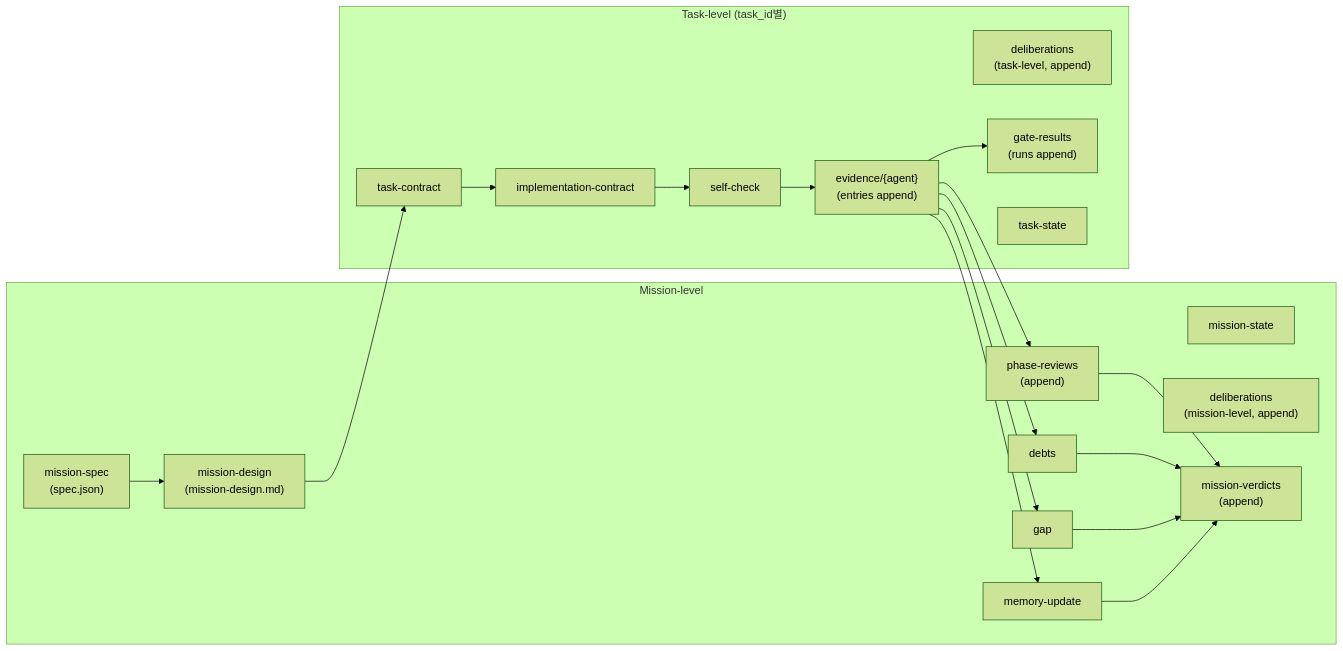
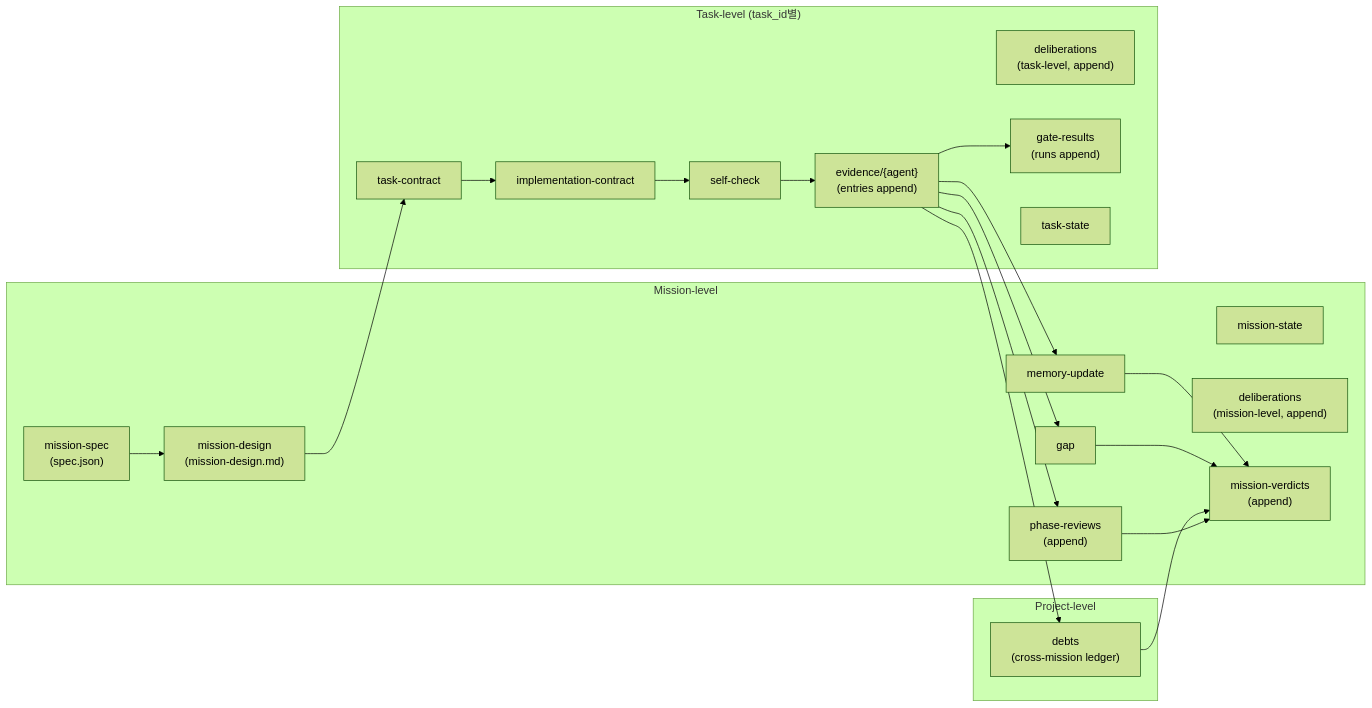
One commit to choam2426/geas changed the sixth of 6 diagrams in docs/ko/DIAGRAMS.md. Above: the diagram before and after it, drawn with Mermaid (forest theme). The commit also changed other lines of this file and 5 other files, not shown here.

````diff
--- a/docs/ko/DIAGRAMS.md
+++ b/docs/ko/DIAGRAMS.md
@@ -216,38 +216,41 @@
 ```mermaid
 flowchart LR
+    subgraph Project["Project-level"]
+        D["debts<br/>(cross-mission ledger)"]
+    end
+
     subgraph Mission["Mission-level"]
         MS["mission-spec<br/>(spec.json)"]
         MD["mission-design<br/>(mission-design.md)"]
         MState["mission-state"]
         PR["phase-reviews<br/>(append)"]
         MDel["deliberations<br/>(mission-level, append)"]
         MV["mission-verdicts<br/>(append)"]
-        D["debts"]
         G["gap"]
         MU["memory-update"]
     end
 
     subgraph Task["Task-level (task_id별)"]
         TC["task-contract"]
         IC["implementation-contract"]
         SC["self-check"]
         TDel["deliberations<br/>(task-level, append)"]
         TE["evidence/{agent}<br/>(entries append)"]
         GR["gate-results<br/>(runs append)"]
         TS["task-state"]
     end
 
     MS --> MD --> TC
     TC --> IC --> SC
     SC --> TE
     TE --> GR
     TE --> PR
     PR --> MV
 
     TE --> D
     TE --> G
     TE --> MU
     D --> MV
     G --> MV
     MU --> MV
 ```
````
